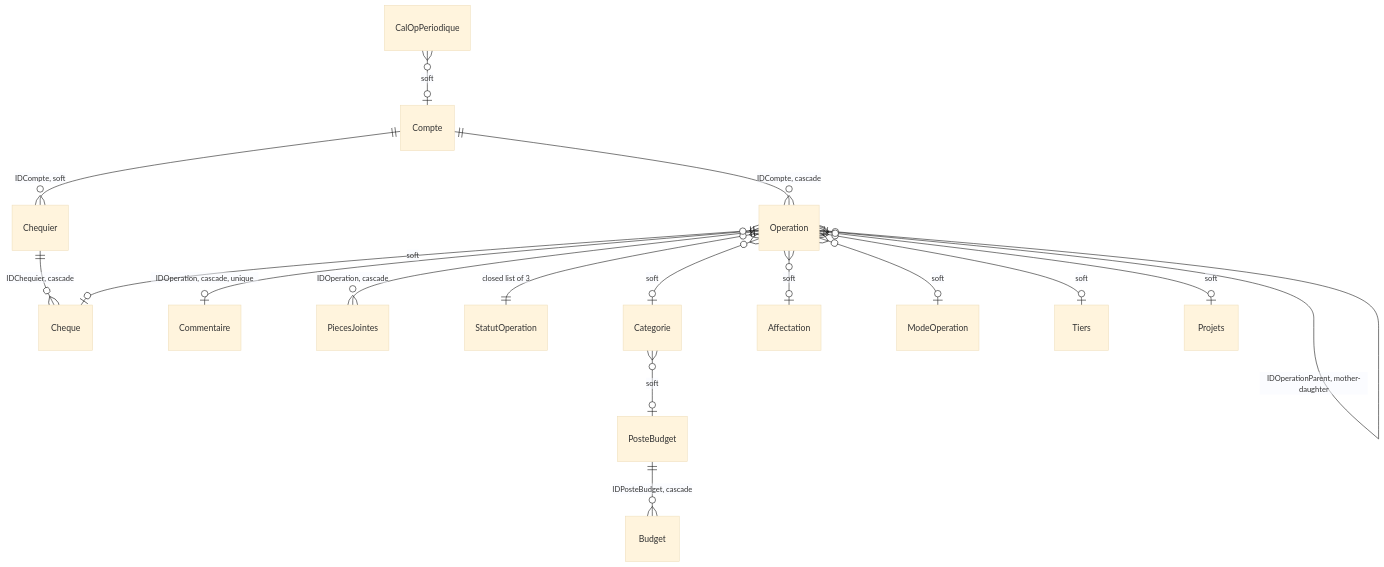
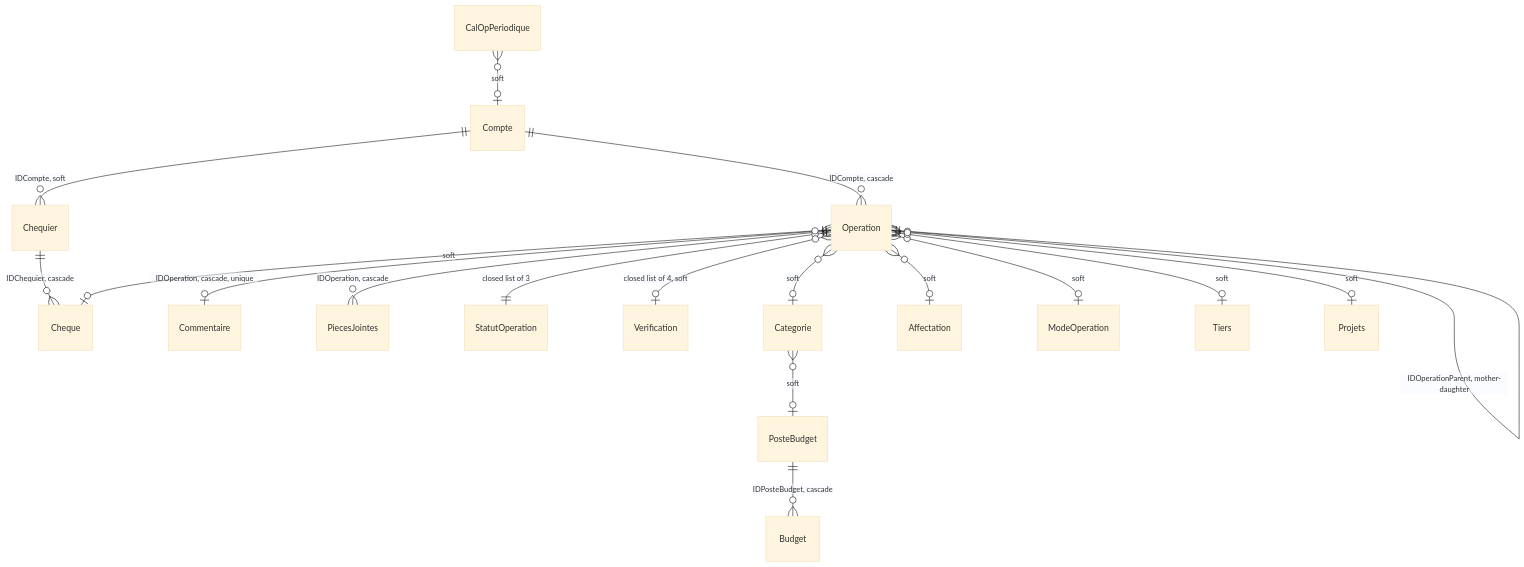
One commit to Fab2bprog/Rust-Radinus changed the diagram in docs/Data_models.md. Above: the diagram before and after it, drawn with Mermaid (base theme). The commit also changed other lines of this file and 123 other files, not shown here.

````diff
--- a/docs/Data_models.md
+++ b/docs/Data_models.md
@@ -52,19 +52,20 @@
 ```mermaid
 erDiagram
     Compte      ||--o{ Operation  : "IDCompte, cascade"
     Compte      ||--o{ Chequier   : "IDCompte, soft"
     Chequier    ||--o{ Cheque     : "IDChequier, cascade"
     Operation   ||--o| Commentaire : "IDOperation, cascade, unique"
     Operation   ||--o{ PiecesJointes : "IDOperation, cascade"
     Operation   ||--o{ Operation  : "IDOperationParent, mother-daughter"
     Operation   }o--|| StatutOperation : "closed list of 3"
+    Operation   }o--o| Verification : "closed list of 4, soft"
     Operation   }o--o| Categorie  : soft
     Operation   }o--o| Affectation : soft
     Operation   }o--o| ModeOperation : soft
     Operation   }o--o| Tiers       : soft
     Operation   }o--o| Projets     : soft
     Operation   }o--o| Cheque      : soft
     Categorie   }o--o| PosteBudget : soft
     PosteBudget ||--o{ Budget      : "IDPosteBudget, cascade"
     CalOpPeriodique }o--o| Compte  : soft
 ```
````
